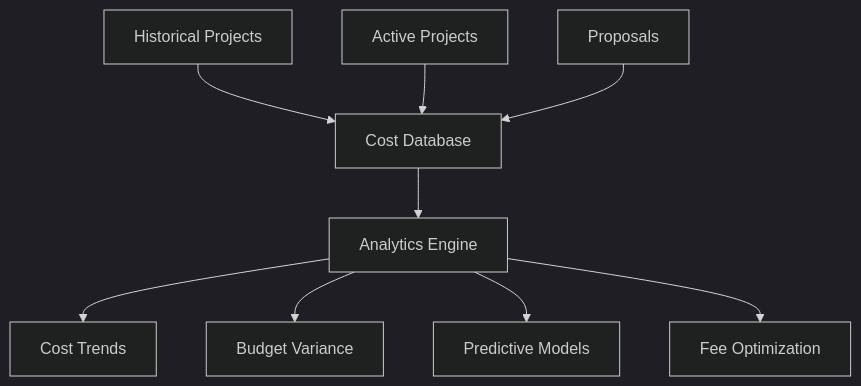
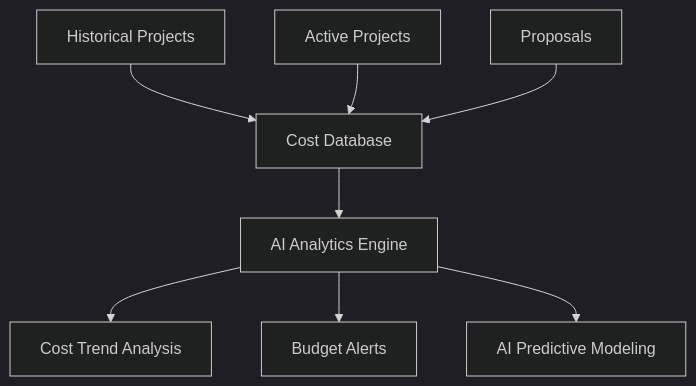
Before and after one commit to elikiedrowski/ECI_Site_Construction: diagram 12 of 15 in POC-Implementation-Plan.md, drawn with Mermaid (dark theme). The commit also changed other lines of this file and 1 other file, not shown here.

First line of the commit message:
Align implementation plan and cost estimate to 3-module SOW

````diff
--- a/POC-Implementation-Plan.md
+++ b/POC-Implementation-Plan.md
@@ -1198,13 +499,12 @@
 ```mermaid
 graph TB
     A[Historical Projects] --> B[Cost Database]
     C[Active Projects] --> B
     D[Proposals] --> B
-    
-    B --> E[Analytics Engine]
-    
-    E --> F[Cost Trends]
-    E --> G[Budget Variance]
-    E --> H[Predictive Models]
-    E --> I[Fee Optimization]
+
+    B --> E[AI Analytics Engine]
+
+    E --> F[Cost Trend Analysis]
+    E --> G[Budget Alerts]
+    E --> H[AI Predictive Modeling]
 ```
````
